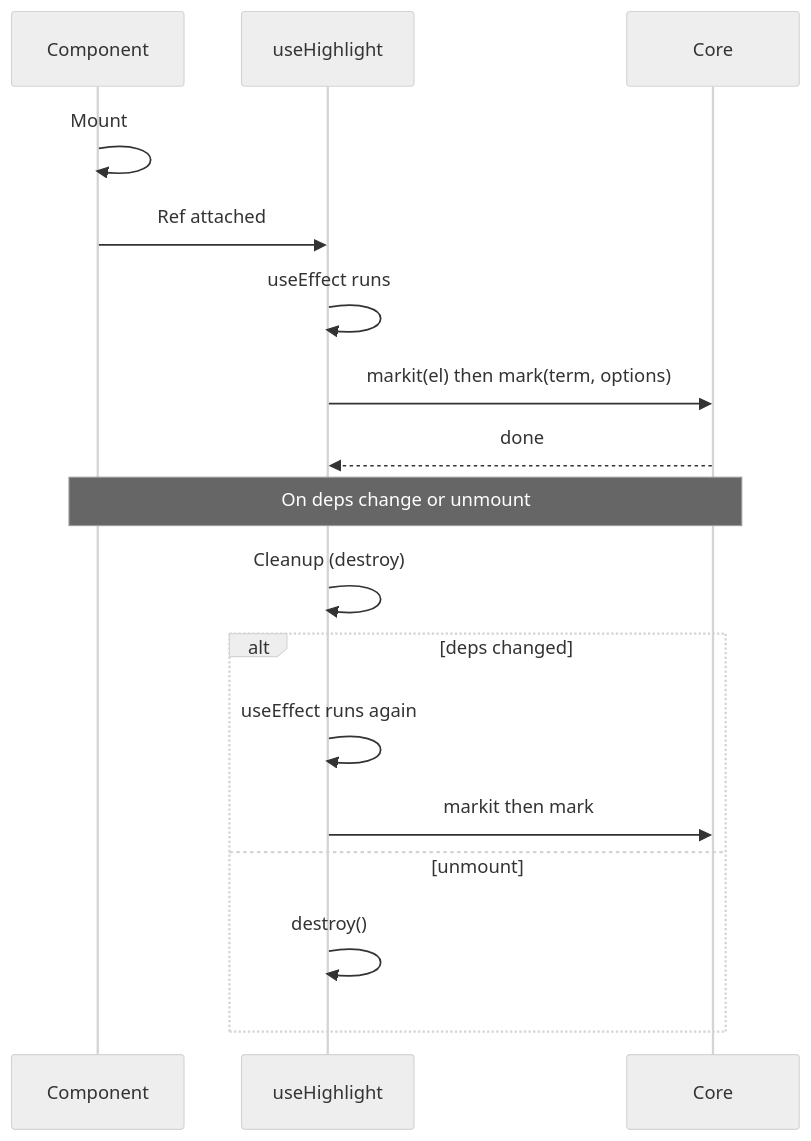
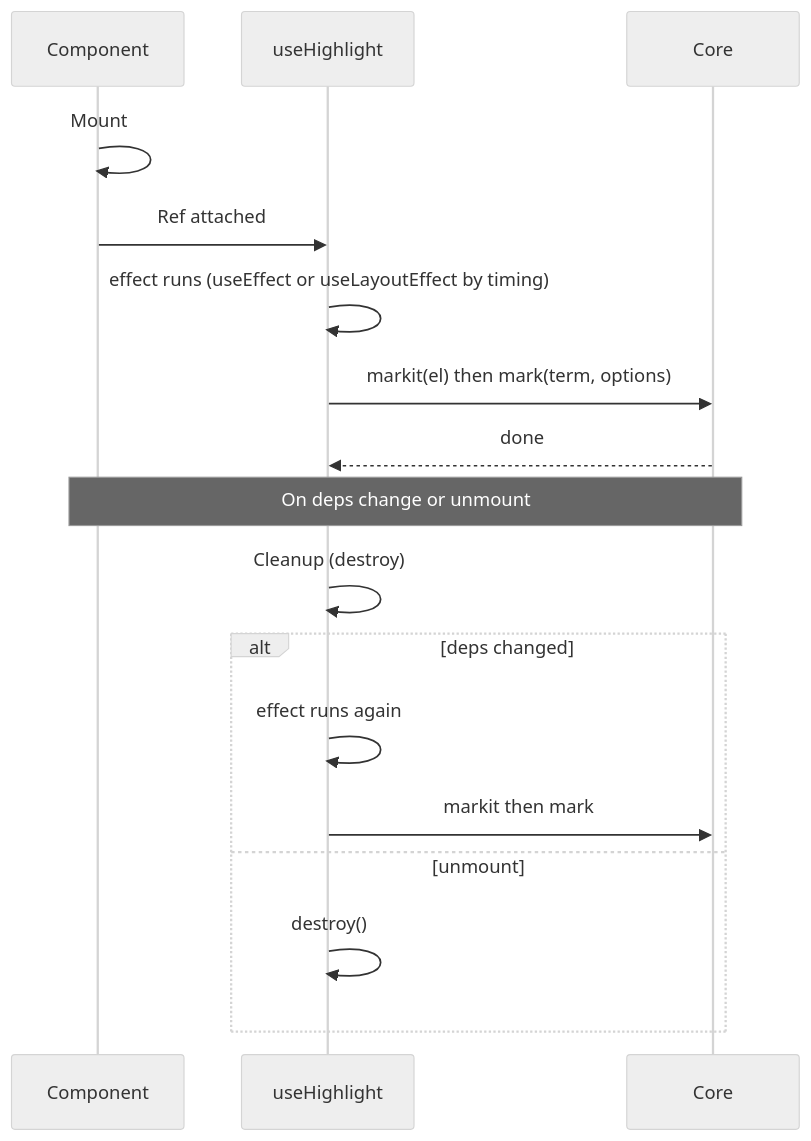
Before and after one commit to saurabhiam/markit: the first of 2 diagrams in apps/docs/guide/framework-lifecycles.md, drawn with Mermaid (neutral theme). The commit also changed other lines of this file and 13 other files, not shown here.

````diff
--- a/apps/docs/guide/framework-lifecycles.md
+++ b/apps/docs/guide/framework-lifecycles.md
@@ -23,21 +25,21 @@
 ```mermaid
 sequenceDiagram
   participant Component
   participant useHighlight
   participant Core
 
   Component->>Component: Mount
   Component->>useHighlight: Ref attached
-  useHighlight->>useHighlight: useEffect runs
+  useHighlight->>useHighlight: effect runs (useEffect or useLayoutEffect by timing)
   useHighlight->>Core: markit(el) then mark(term, options)
   Core-->>useHighlight: done
 
   Note over Component,Core: On deps change or unmount
   useHighlight->>useHighlight: Cleanup (destroy)
   alt deps changed
-    useHighlight->>useHighlight: useEffect runs again
+    useHighlight->>useHighlight: effect runs again
     useHighlight->>Core: markit then mark
   else unmount
     useHighlight->>useHighlight: destroy()
   end
 ```
````
